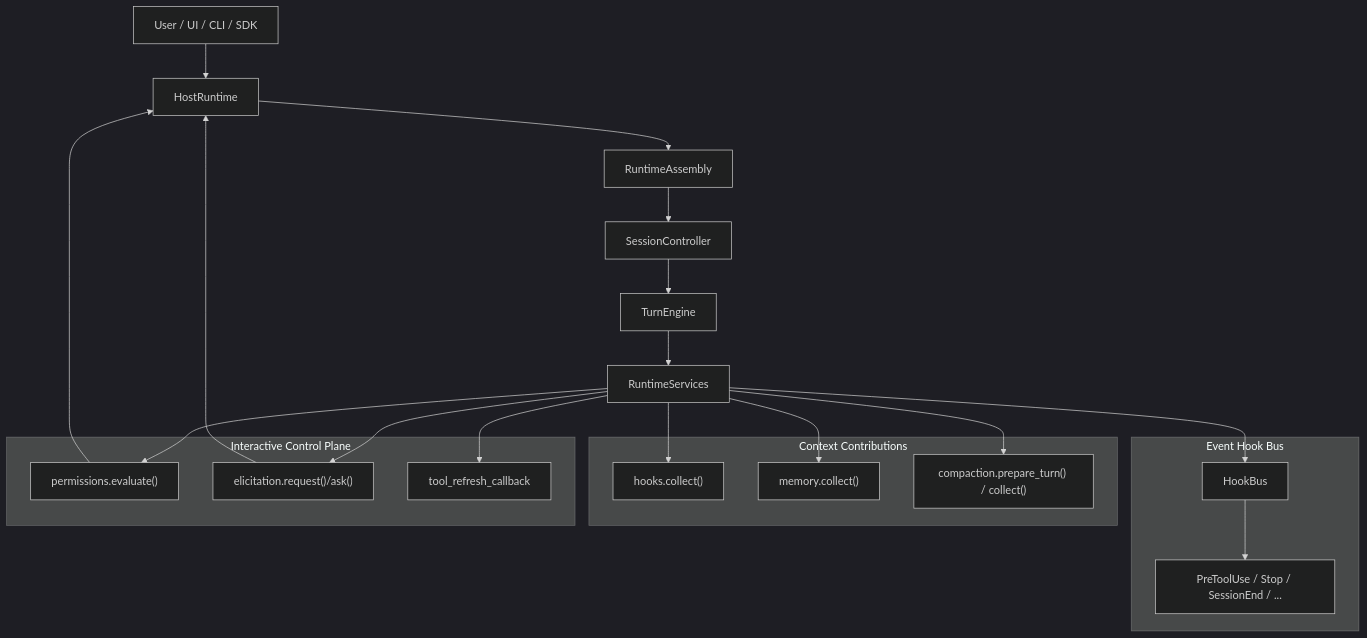
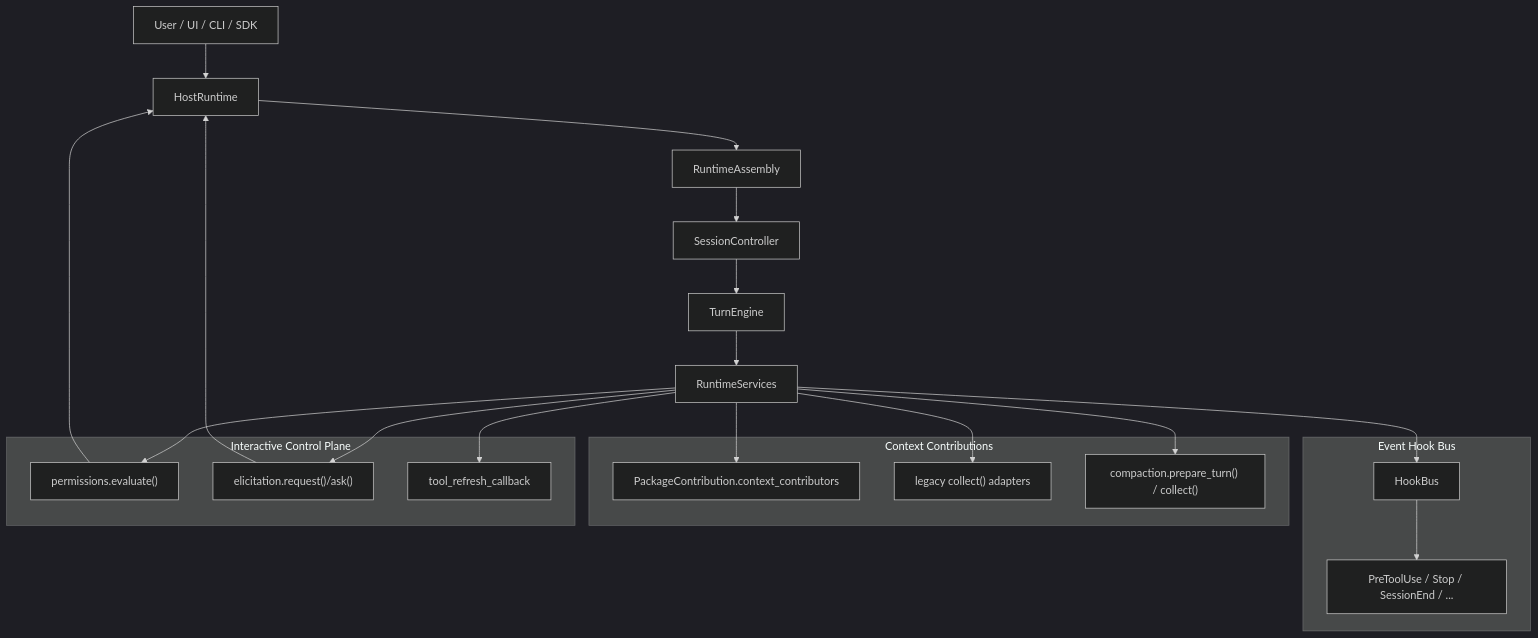
The diagram in docs/runtime-control-plane-extension-guide.md (xyz2b/weave-ai-runtime), drawn with Mermaid (dark theme) before and after one commit. The commit also changed other lines of this file and 11 other files, not shown here.

Commit message:
Add package context contributor bindings

````diff
--- a/docs/runtime-control-plane-extension-guide.md
+++ b/docs/runtime-control-plane-extension-guide.md
@@ -74,46 +84,46 @@
 ```mermaid
 flowchart TB
     Caller["User / UI / CLI / SDK"]
     Host["HostRuntime"]
     Runtime["RuntimeAssembly"]
     Session["SessionController"]
     Turn["TurnEngine"]
     Services["RuntimeServices"]
 
     subgraph EventHooks["Event Hook Bus"]
         HookBus["HookBus"]
         HookPhases["PreToolUse / Stop / SessionEnd / ..."]
     end
 
     subgraph Sidecars["Context Contributions"]
-        SidecarHooks["hooks.collect()"]
-        Memory["memory.collect()"]
+        PackageContext["PackageContribution.context_contributors"]
+        LegacySlots["legacy collect() adapters"]
         Compaction["compaction.prepare_turn() / collect()"]
     end
 
     subgraph Policies["Interactive Control Plane"]
         Perms["permissions.evaluate()"]
         Elicit["elicitation.request()/ask()"]
         Refresh["tool_refresh_callback"]
     end
 
     Caller --> Host
     Host --> Runtime
     Runtime --> Session
     Session --> Turn
     Turn --> Services
 
     Services --> HookBus
     HookBus --> HookPhases
 
-    Services --> SidecarHooks
-    Services --> Memory
+    Services --> PackageContext
+    Services --> LegacySlots
     Services --> Compaction
 
     Services --> Perms
     Services --> Elicit
     Services --> Refresh
 
     Perms --> Host
     Elicit --> Host
 ```
````
